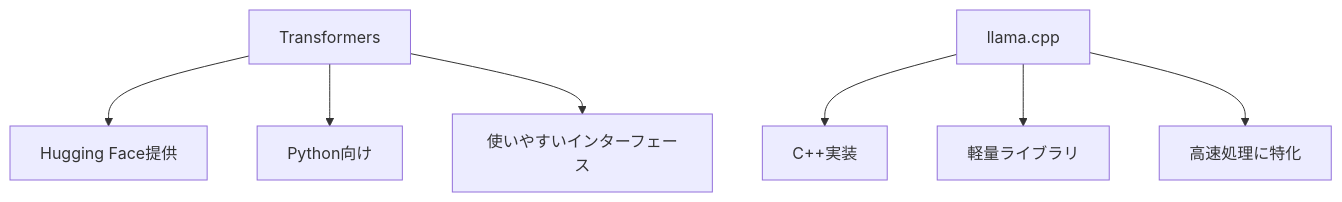
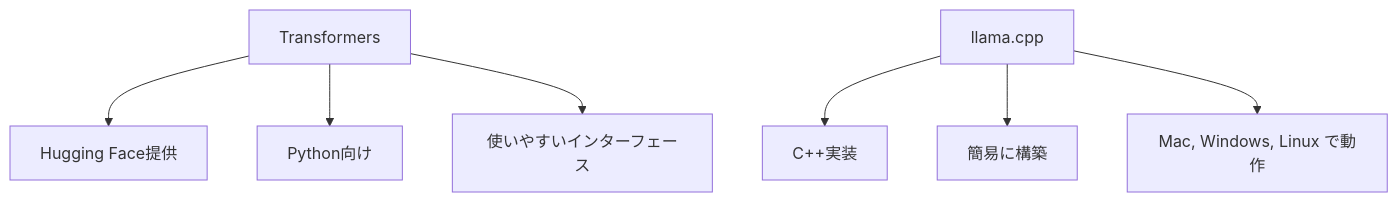
The sixth of 11 diagrams in README.md (SparklingDetergent/doc_genai_About_the_local_LLM_operating_environment), drawn with Mermaid before and after one commit. The commit also changed other lines of this file, not shown here.

````diff
--- a/README.md
+++ b/README.md
@@ -138,14 +143,14 @@
 ```mermaid
 graph TD
     B[Transformers]
     C[llama.cpp]
     
     B --> B1[Hugging Face提供]
     B --> B2[Python向け]
     B --> B3[使いやすいインターフェース]
     
     C --> C1[C++実装]
-    C --> C2[軽量ライブラリ]
-    C --> C3[高速処理に特化]
+    C --> C2[簡易に構築]
+    C --> C3[Mac, Windows, Linux で動作]
     
 ```
````
